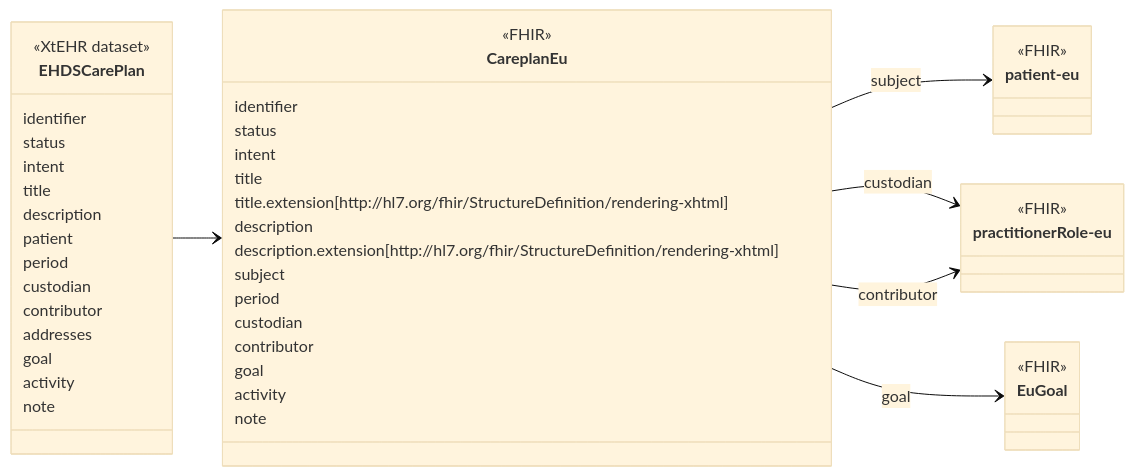
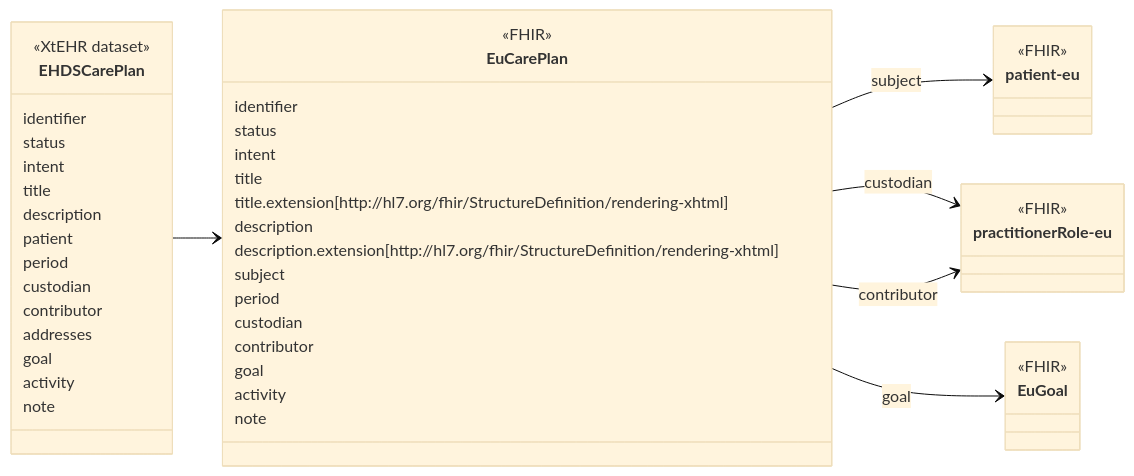
The diagram in new/input/intro-notes/ConceptMap-EHDSCarePlanMap-intro.md (oijauregui/ehdsimaging), drawn with Mermaid (base theme) before and after one commit. The commit also changed 162 other files, not shown here.

````diff
--- a/new/input/intro-notes/ConceptMap-EHDSCarePlanMap-intro.md
+++ b/new/input/intro-notes/ConceptMap-EHDSCarePlanMap-intro.md
@@ -5,53 +5,53 @@
 ```mermaid
 classDiagram
 direction LR
 class EHDSCarePlan {
   <<XtEHR dataset>>
   identifier
   status
   intent
   title
   description
   patient
   period
   custodian
   contributor
   addresses
   goal
   activity
   note
 }
 link EHDSCarePlan "https://build.fhir.org/ig/Xt-EHR/xt-ehr-common/StructureDefinition-EHDSCarePlan.html"
-class CareplanEu{
+class EuCarePlan{
   <<FHIR>>
   identifier
   status
   intent
   title
   title.extension[http\://hl7.org/fhir/StructureDefinition/rendering-xhtml]
   description
   description.extension[http\://hl7.org/fhir/StructureDefinition/rendering-xhtml]
   subject
   period
   custodian
   contributor
   goal
   activity
   note
 }
 
 class patient-eu {
   <<FHIR>>
 }
 class practitionerRole-eu {
   <<FHIR>>
 }
 class EuGoal {
   <<FHIR>>
 }
-EHDSCarePlan --> CareplanEu
-CareplanEu --> patient-eu : subject
-CareplanEu --> practitionerRole-eu : custodian
-CareplanEu --> practitionerRole-eu : contributor
-CareplanEu --> EuGoal : goal
+EHDSCarePlan --> EuCarePlan
+EuCarePlan --> patient-eu : subject
+EuCarePlan --> practitionerRole-eu : custodian
+EuCarePlan --> practitionerRole-eu : contributor
+EuCarePlan --> EuGoal : goal
 ```
````
